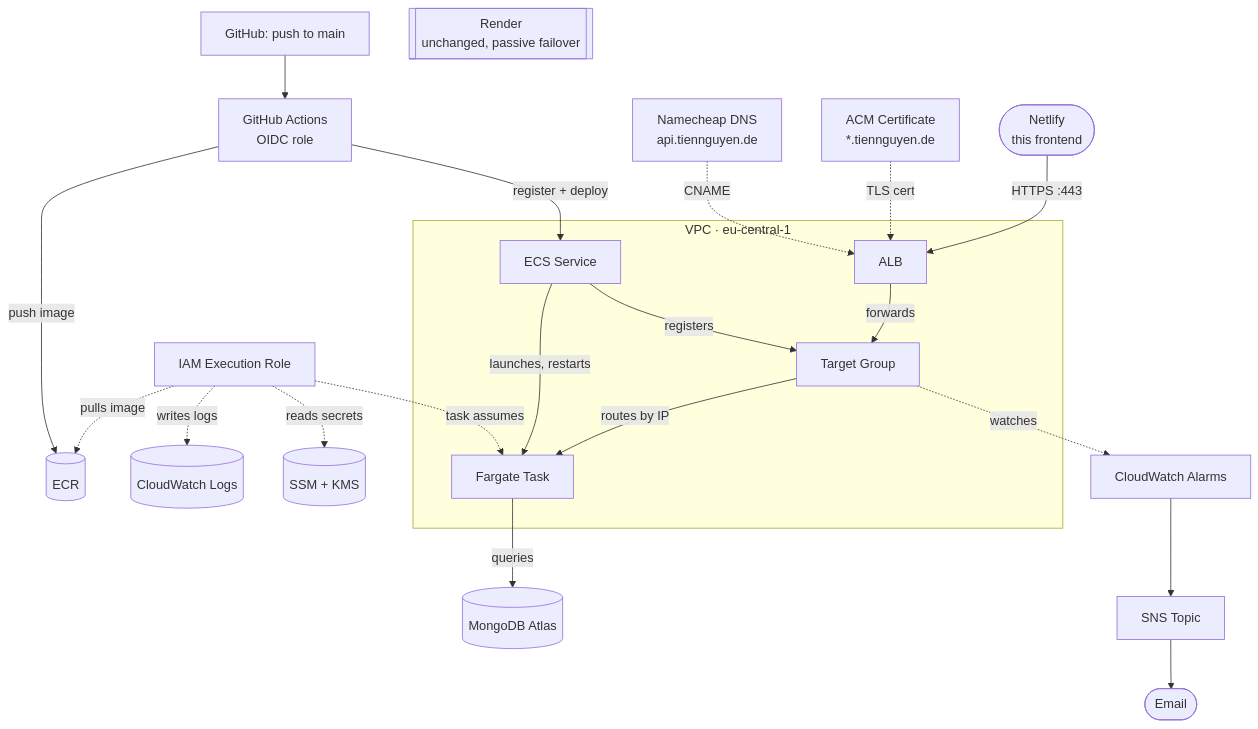
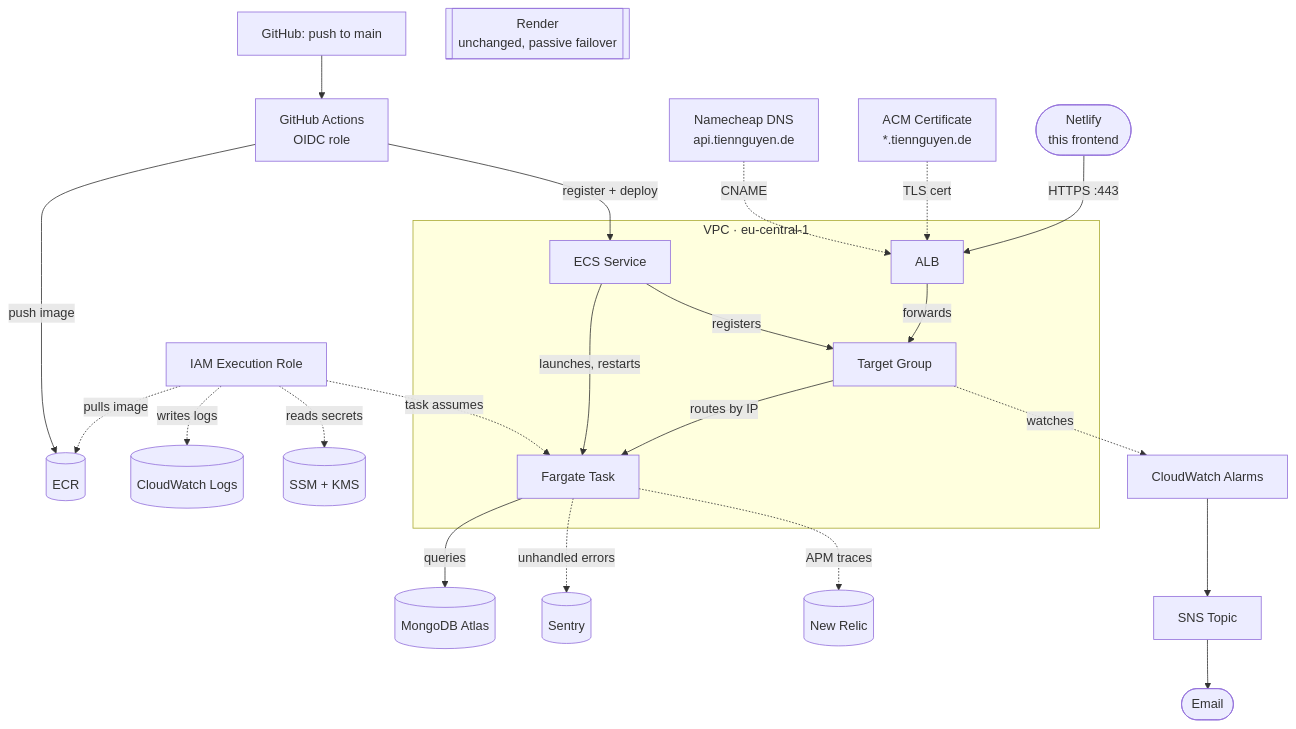
One commit to ntrix/amazin changed the diagram in README.md. Above: the diagram before and after it, drawn with Mermaid.

Commit message:
docs(readme): add Sentry/New Relic nodes to the backend architecture diagram

````diff
--- a/README.md
+++ b/README.md
@@ -218,34 +218,37 @@
 ```mermaid
 flowchart TB
   GitHub["GitHub: push to main"] --> Actions["GitHub Actions<br/>OIDC role"]
   Actions -->|"push image"| ECR[("ECR")]
   Actions -->|"register + deploy"| Service
 
   DNS["Namecheap DNS<br/>api.tiennguyen.de"] -. CNAME .-> ALB
   ACM["ACM Certificate<br/>*.tiennguyen.de"] -. "TLS cert" .-> ALB
 
   Netlify(["Netlify<br/>this frontend"]) -->|"HTTPS :443"| ALB["ALB"]
   ALB -->|forwards| TG["Target Group"]
   TG -->|"routes by IP"| Task["Fargate Task"]
   Task -->|queries| Mongo[("MongoDB Atlas")]
   Service["ECS Service"] -->|"launches, restarts"| Task
   Service -->|registers| TG
 
   Role["IAM Execution Role"] -. "task assumes" .-> Task
   Role -. "pulls image" .-> ECR
   Role -. "writes logs" .-> Logs[("CloudWatch Logs")]
   Role -. "reads secrets" .-> SSM[("SSM + KMS")]
 
   TG -. watches .-> Alarms["CloudWatch Alarms"]
   Alarms --> SNS["SNS Topic"]
   SNS --> Email([Email])
 
+  Task -. "unhandled errors" .-> Sentry[("Sentry")]
+  Task -. "APM traces" .-> NewRelic[("New Relic")]
+
   Render[["Render<br/>unchanged, passive failover"]]
 
   subgraph VPC["VPC · eu-central-1"]
     ALB
     TG
     Task
     Service
   end
 ```
````
